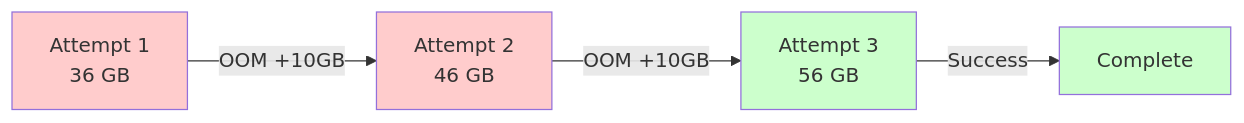
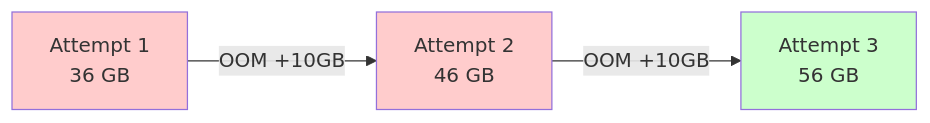
The first of 3 diagrams in docs/iris.md (nf-core/configs), drawn with Mermaid before and after one commit. The commit also changed other lines of this file, not shown here.

````diff
--- a/docs/iris.md
+++ b/docs/iris.md
@@ -172,10 +172,8 @@
 ```mermaid
 graph LR
     A[Attempt 1<br/>36 GB] -->|OOM +10GB| B[Attempt 2<br/>46 GB]
     B -->|OOM +10GB| C[Attempt 3<br/>56 GB]
-    C -->|Success| D[Complete]
     style A fill:#ffcccc
     style B fill:#ffcccc
     style C fill:#ccffcc
-    style D fill:#ccffcc
 ```
````
